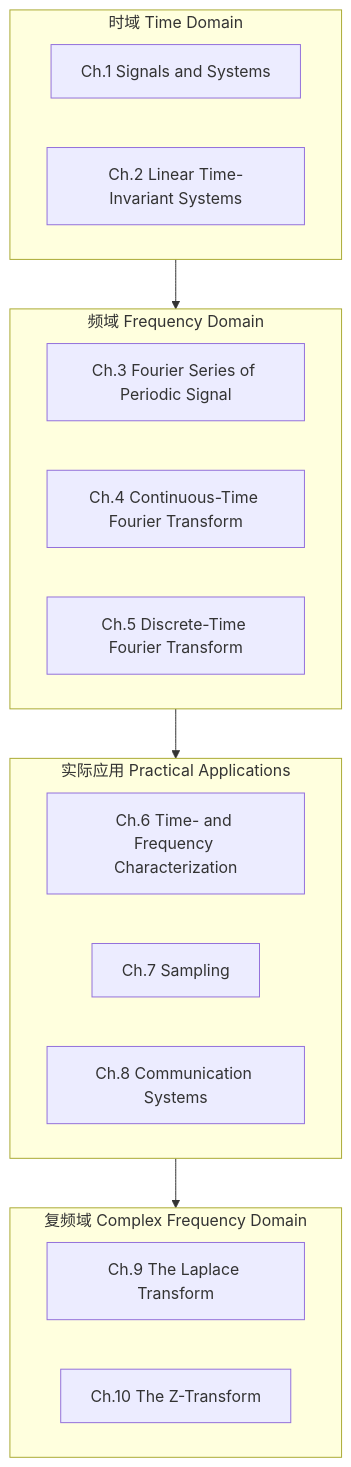
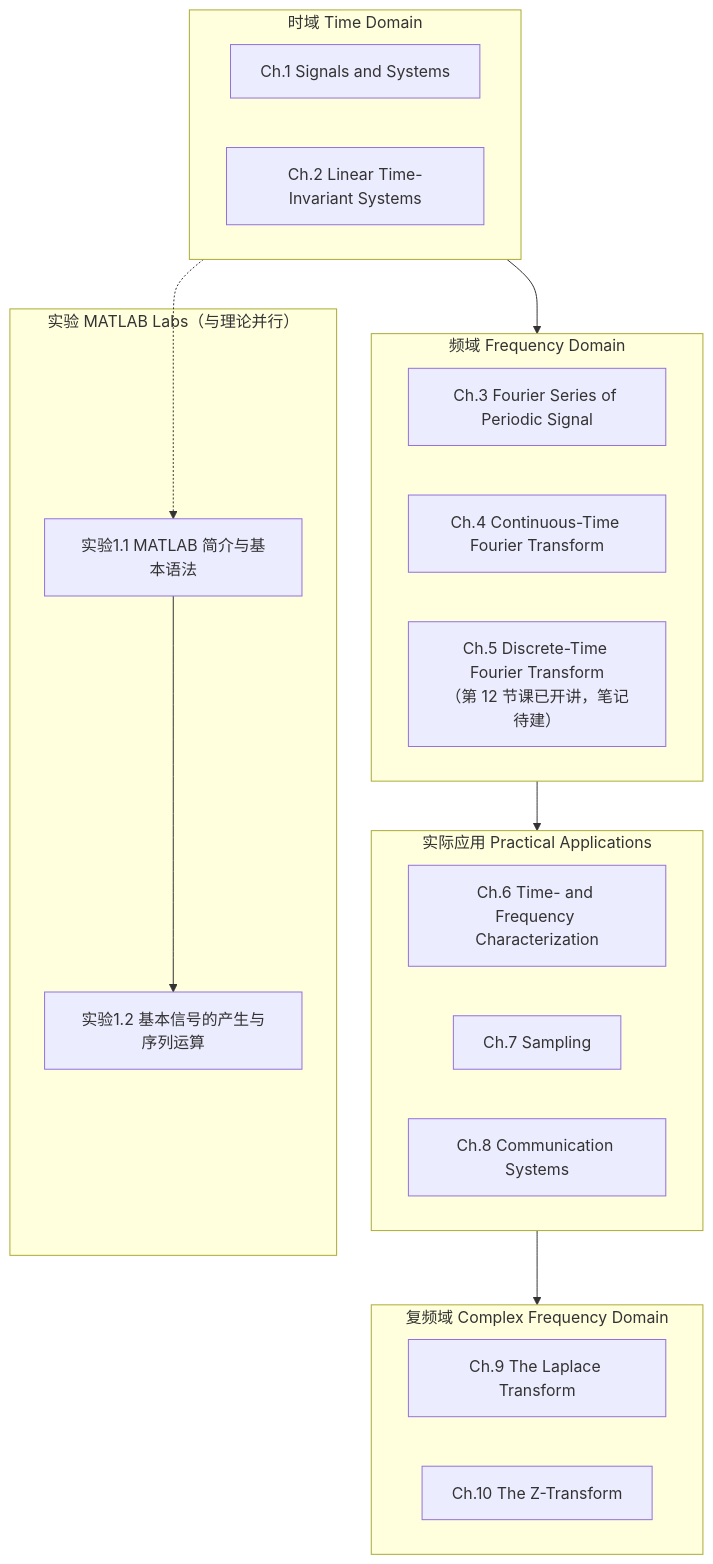
Before and after one commit to KayeAdams515/ClaudeNotes: the first of 4 diagrams in 信号与系统/信号与系统 MOC.md, drawn with Mermaid. The commit also changed other lines of this file and 468 other files, not shown here.

````diff
--- a/信号与系统/信号与系统 MOC.md
+++ b/信号与系统/信号与系统 MOC.md
@@ -231,22 +258,28 @@
 ```mermaid
 flowchart TD
     subgraph A["时域 Time Domain"]
         C1["Ch.1 Signals and Systems"]
         C2["Ch.2 Linear Time-Invariant Systems"]
     end
     subgraph B["频域 Frequency Domain"]
         C3["Ch.3 Fourier Series of Periodic Signal"]
         C4["Ch.4 Continuous-Time Fourier Transform"]
-        C5["Ch.5 Discrete-Time Fourier Transform"]
+        C5["Ch.5 Discrete-Time Fourier Transform<br/>（第 12 节课已开讲，笔记待建）"]
     end
     subgraph C["实际应用 Practical Applications"]
         C6["Ch.6 Time- and Frequency Characterization"]
         C7["Ch.7 Sampling"]
         C8["Ch.8 Communication Systems"]
     end
     subgraph D["复频域 Complex Frequency Domain"]
         C9["Ch.9 The Laplace Transform"]
         C10["Ch.10 The Z-Transform"]
     end
+    subgraph E["实验 MATLAB Labs（与理论并行）"]
+        L1["实验1.1 MATLAB 简介与基本语法"]
+        L2["实验1.2 基本信号的产生与序列运算"]
+    end
     A --> B --> C --> D
+    L1 --> L2
+    A -.-> L1
 ```
````
